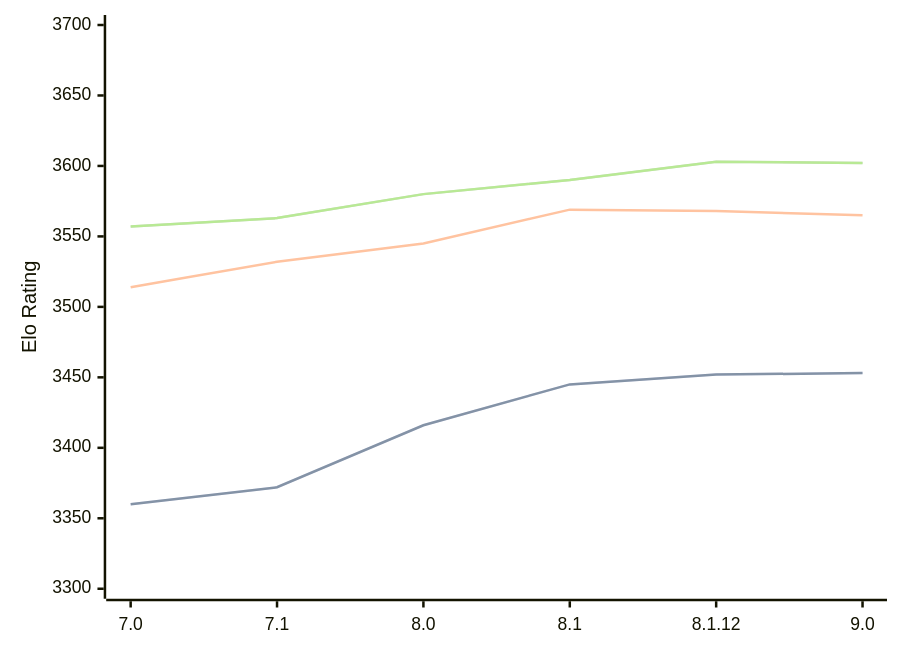
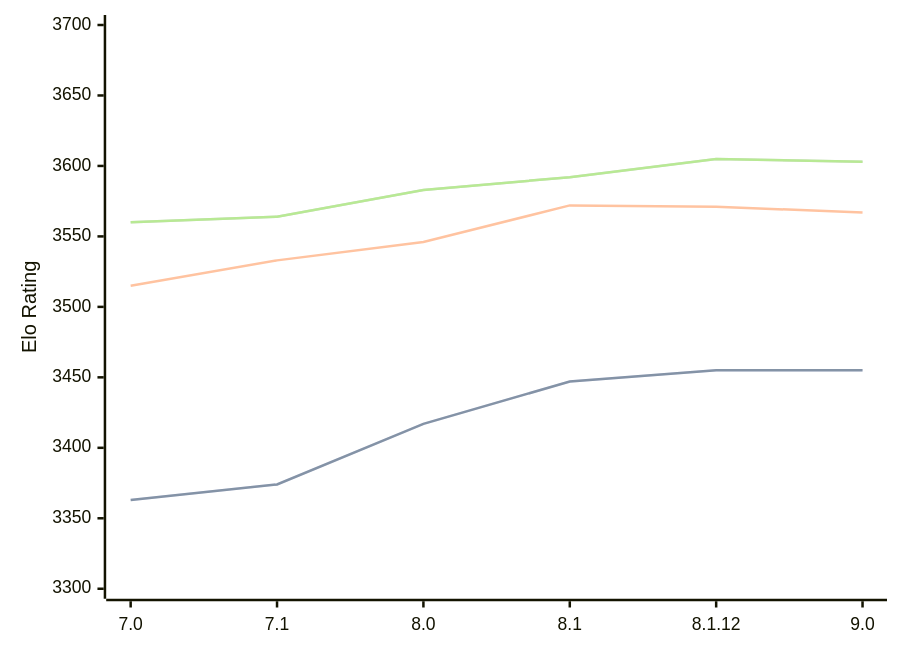
The diagram in engines/Alexandria.md (computer-chess-index/cci), drawn with Mermaid before and after one commit. The commit also changed other lines of this file, not shown here.

Commit message:
Update CCI Ratings (ELO VLTC) - 2026-04-11

````diff
--- a/engines/Alexandria.md
+++ b/engines/Alexandria.md
@@ -55,11 +55,11 @@
 ```mermaid
 %%{init: {"theme":"base","themeVariables":{"seriesColors:['#a3a3a3','#222221','#faa371']}}}%%
 xychart-beta
   x-axis ["7.0", "7.1", "8.0", "8.1", "8.1.12", "9.0"]
   y-axis "Elo Rating" 3300 --> 3700
-  line "STC (8.0+0.08s)" [3360, 3372, 3416, 3445, 3452, 3453]
-  line "STC (8.0+0.08s)" [3360, 3372, 3416, 3445, 3452, 3453]
-  line "LTC (60.0+0.60s)" [3514, 3532, 3545, 3569, 3568, 3565]
-  line "VLTC (2m24s+1.12s)" [3557, 3563, 3580, 3590, 3603, 3602]
-  line "VLTC (2m24s+1.12s)" [3557, 3563, 3580, 3590, 3603, 3602]
+  line "STC (8.0+0.08s)" [3363, 3374, 3417, 3447, 3455, 3455]
+  line "STC (8.0+0.08s)" [3363, 3374, 3417, 3447, 3455, 3455]
+  line "LTC (60.0+0.60s)" [3515, 3533, 3546, 3572, 3571, 3567]
+  line "VLTC (2m24s+1.12s)" [3560, 3564, 3583, 3592, 3605, 3603]
+  line "VLTC (2m24s+1.12s)" [3560, 3564, 3583, 3592, 3605, 3603]
 ```
````
